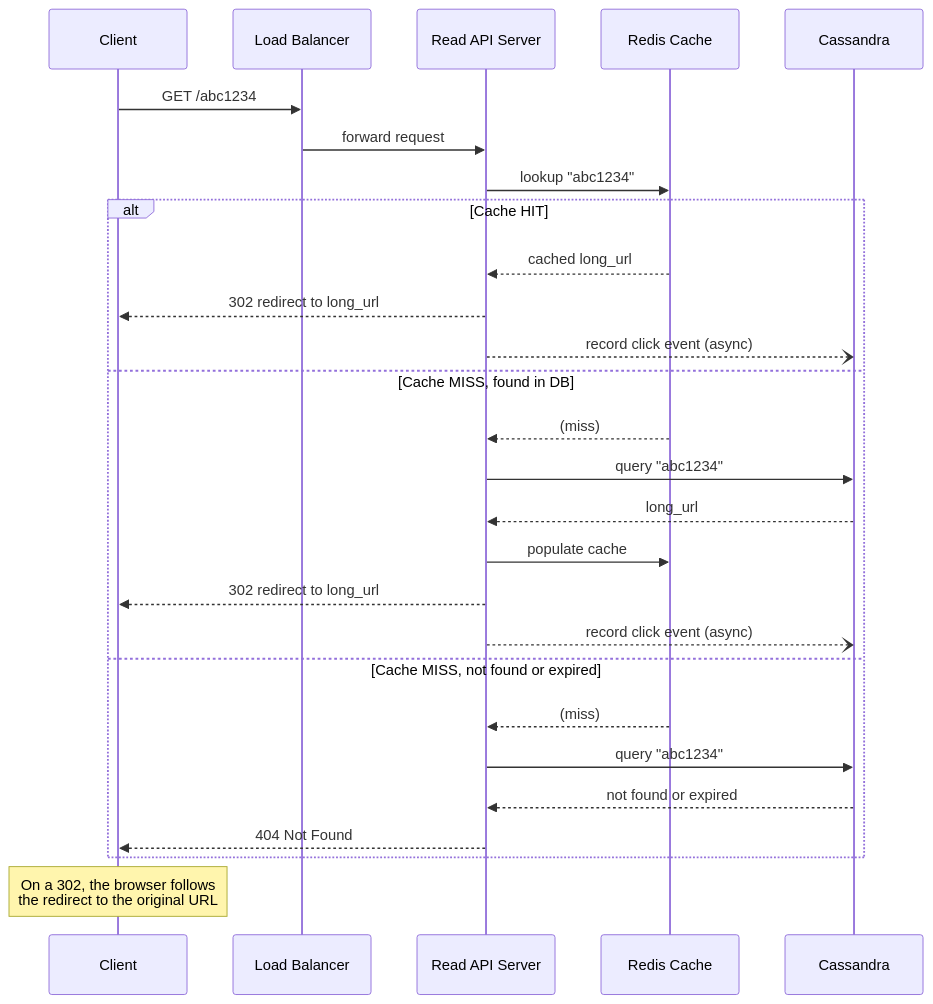
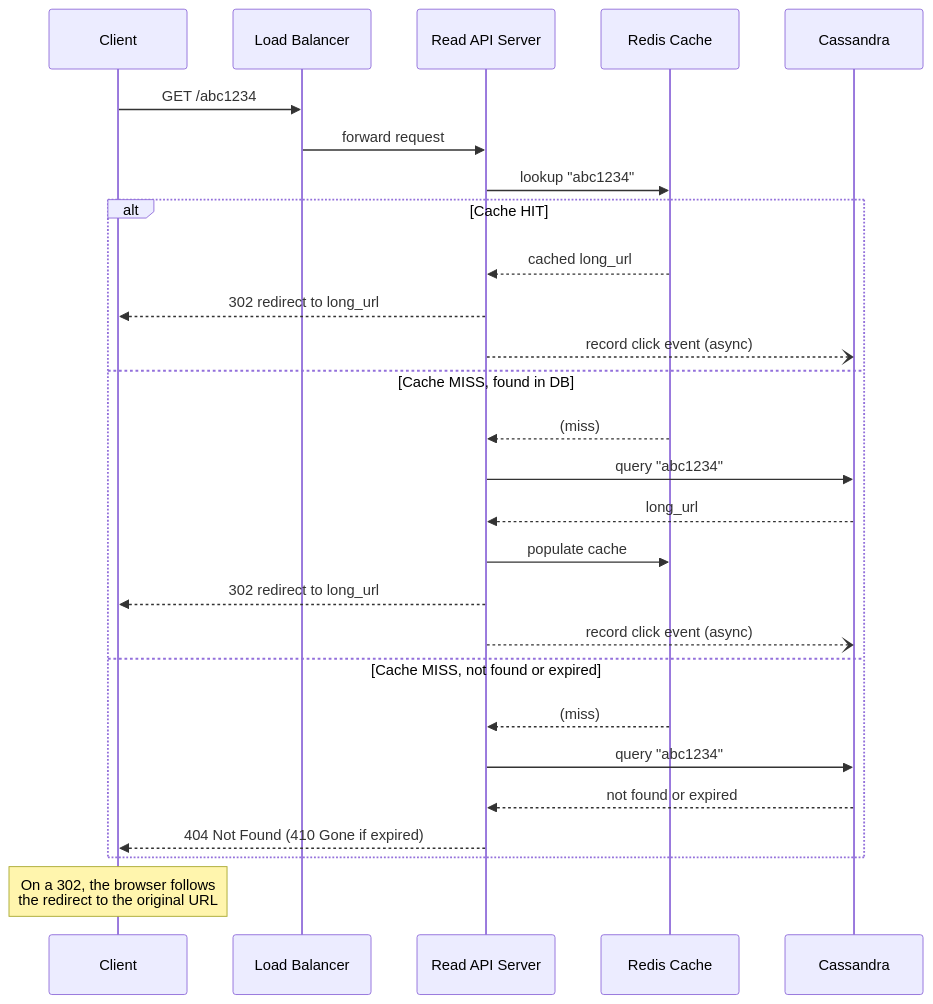
The fifth of 7 diagrams in src/main/java/com/rutik/systemdesign/hld/case_studies/design_url_shortener.md (rppol/system-design), drawn with Mermaid before and after one commit. The commit also changed other lines of this file and 3 other files, not shown here.

First line of the commit message:
audit(hld): closes the section — a $700M/year figure that is actually $750K

````diff
--- a/src/main/java/com/rutik/systemdesign/hld/case_studies/design_url_shortener.md
+++ b/src/main/java/com/rutik/systemdesign/hld/case_studies/design_url_shortener.md
@@ -276,32 +278,32 @@
 ```mermaid
 sequenceDiagram
     participant C as Client
     participant LB as Load Balancer
     participant API as Read API Server
     participant R as Redis Cache
     participant DB as Cassandra
 
     C->>LB: GET /abc1234
     LB->>API: forward request
     API->>R: lookup "abc1234"
 
     alt Cache HIT
         R-->>API: cached long_url
         API-->>C: 302 redirect to long_url
         API--)DB: record click event (async)
     else Cache MISS, found in DB
         R-->>API: (miss)
         API->>DB: query "abc1234"
         DB-->>API: long_url
         API->>R: populate cache
         API-->>C: 302 redirect to long_url
         API--)DB: record click event (async)
     else Cache MISS, not found or expired
         R-->>API: (miss)
         API->>DB: query "abc1234"
         DB-->>API: not found or expired
-        API-->>C: 404 Not Found
+        API-->>C: 404 Not Found (410 Gone if expired)
     end
 
     Note over C: On a 302, the browser follows<br/>the redirect to the original URL
 ```
````
